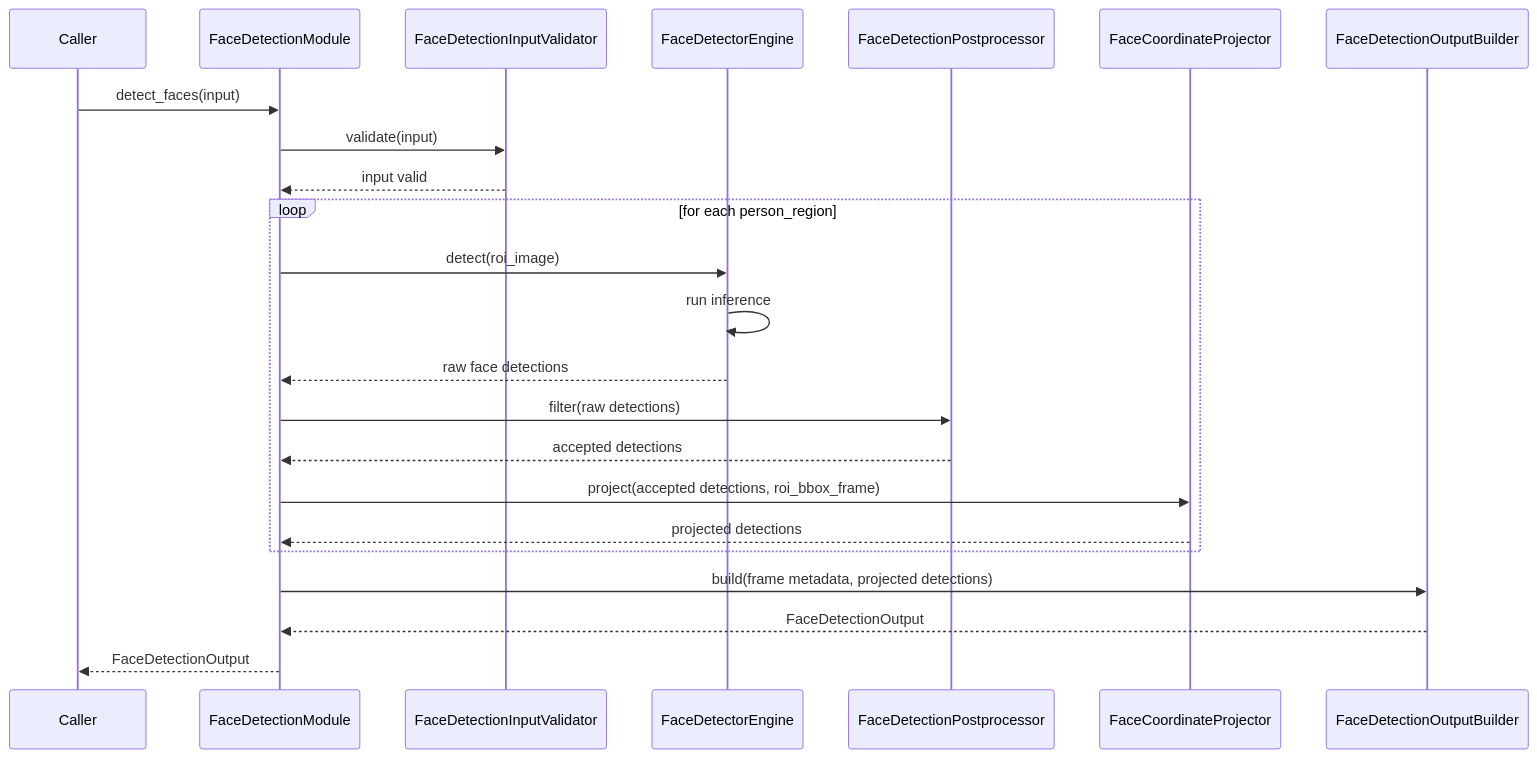
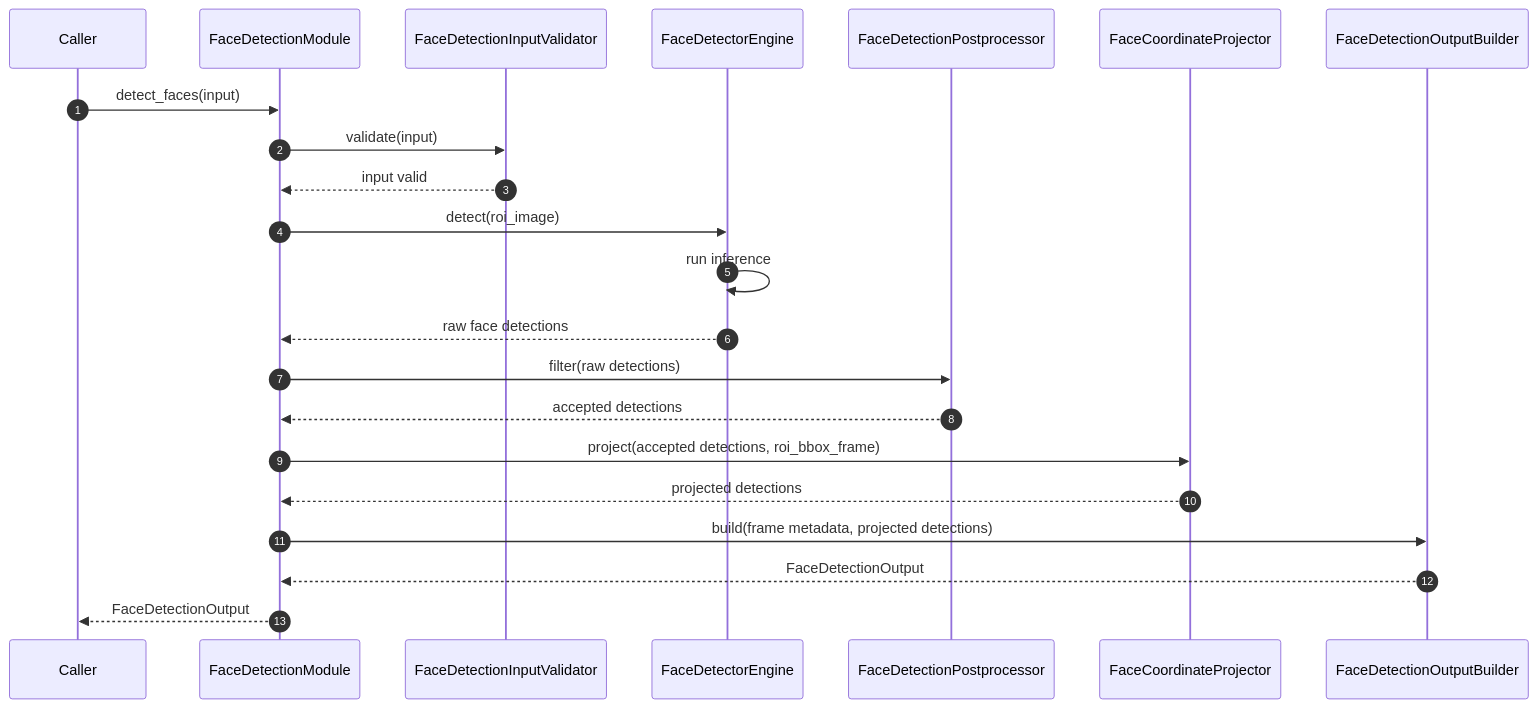
One commit to talifruman/camera-recognition changed the second of 2 diagrams in doc/FACE_DETECTION.md. Above: the diagram before and after it, drawn with Mermaid. The commit also changed other lines of this file, not shown here.

Commit message:
docs: improve FACE_DETECTION.md structure and conciseness

````diff
--- a/doc/FACE_DETECTION.md
+++ b/doc/FACE_DETECTION.md
@@ -337,26 +436,25 @@
 ```mermaid
 sequenceDiagram
+    autonumber
     participant Caller
     participant FaceDetectionModule
     participant FaceDetectionInputValidator
     participant FaceDetectorEngine
     participant FaceDetectionPostprocessor
     participant FaceCoordinateProjector
     participant FaceDetectionOutputBuilder
 
     Caller->>FaceDetectionModule: detect_faces(input)
     FaceDetectionModule->>FaceDetectionInputValidator: validate(input)
     FaceDetectionInputValidator-->>FaceDetectionModule: input valid
-    loop for each person_region
-        FaceDetectionModule->>FaceDetectorEngine: detect(roi_image)
-        FaceDetectorEngine->>FaceDetectorEngine: run inference
-        FaceDetectorEngine-->>FaceDetectionModule: raw face detections
-        FaceDetectionModule->>FaceDetectionPostprocessor: filter(raw detections)
-        FaceDetectionPostprocessor-->>FaceDetectionModule: accepted detections
-        FaceDetectionModule->>FaceCoordinateProjector: project(accepted detections, roi_bbox_frame)
-        FaceCoordinateProjector-->>FaceDetectionModule: projected detections
-    end
+    FaceDetectionModule->>FaceDetectorEngine: detect(roi_image)
+    FaceDetectorEngine->>FaceDetectorEngine: run inference
+    FaceDetectorEngine-->>FaceDetectionModule: raw face detections
+    FaceDetectionModule->>FaceDetectionPostprocessor: filter(raw detections)
+    FaceDetectionPostprocessor-->>FaceDetectionModule: accepted detections
+    FaceDetectionModule->>FaceCoordinateProjector: project(accepted detections, roi_bbox_frame)
+    FaceCoordinateProjector-->>FaceDetectionModule: projected detections
     FaceDetectionModule->>FaceDetectionOutputBuilder: build(frame metadata, projected detections)
     FaceDetectionOutputBuilder-->>FaceDetectionModule: FaceDetectionOutput
     FaceDetectionModule-->>Caller: FaceDetectionOutput
 ```
````
